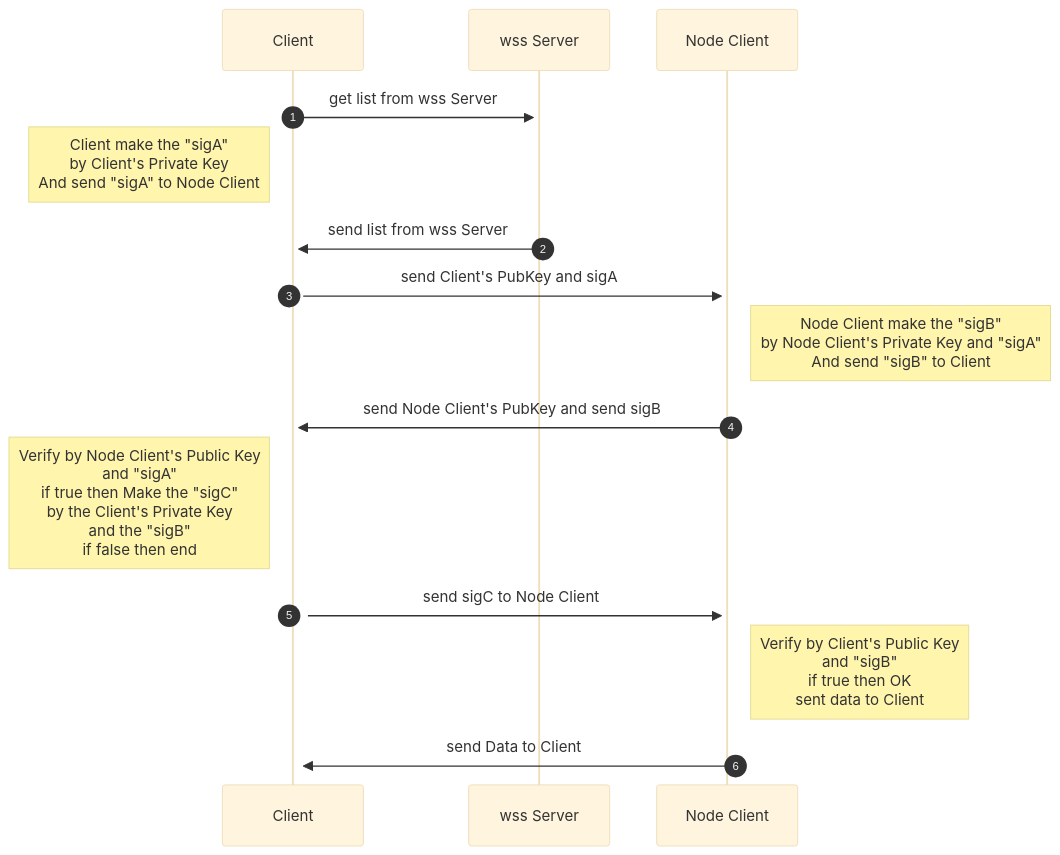
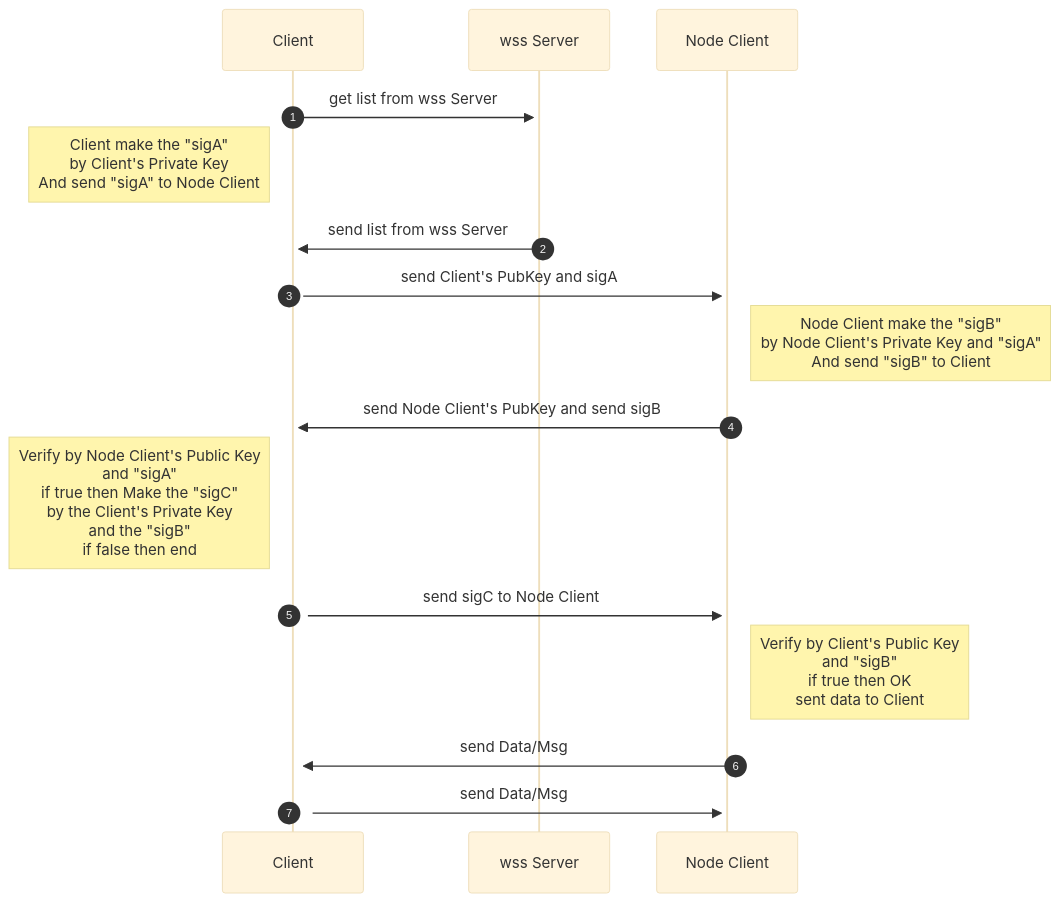
One commit to toshirot/w2w changed the fourth of 6 diagrams in README.md. Above: the diagram before and after it, drawn with Mermaid (base theme). The commit also changed other lines of this file, not shown here.

````diff
--- a/README.md
+++ b/README.md
@@ -167,14 +167,15 @@
 ```mermaid
 sequenceDiagram
   autonumber
     Client->>+wss Server: get list from wss Server
         Note left of Client:  Client make the "sigA" <br/>by Client's Private Key<br/>And send "sigA" to Node Client
     wss Server->>+Client: send list from wss Server
     Client->>+Node Client: send Client's PubKey and sigA
         Note right of Node Client: Node Client make the "sigB" <br/>by Node Client's Private Key and "sigA"<br/>And send "sigB" to Client
     Node Client->>+Client:send Node Client's PubKey and send sigB
         Note left of Client: Verify by Node Client's Public Key <br/>and "sigA"<br/>if true then Make the "sigC" <br/>by the Client's Private Key <br/>and the "sigB"<br/>if false then end
     Client->>+Node Client: send sigC to Node Client
         Note right of Node Client:  Verify by Client's Public Key<br/>and "sigB"<br/>if true then OK<br/>sent   data to Client
-    Node Client->>+Client:send Data to Client
+    Node Client->>+Client:send Data/Msg
+    Client->>+Node Client:send Data/Msg
 ```
````
